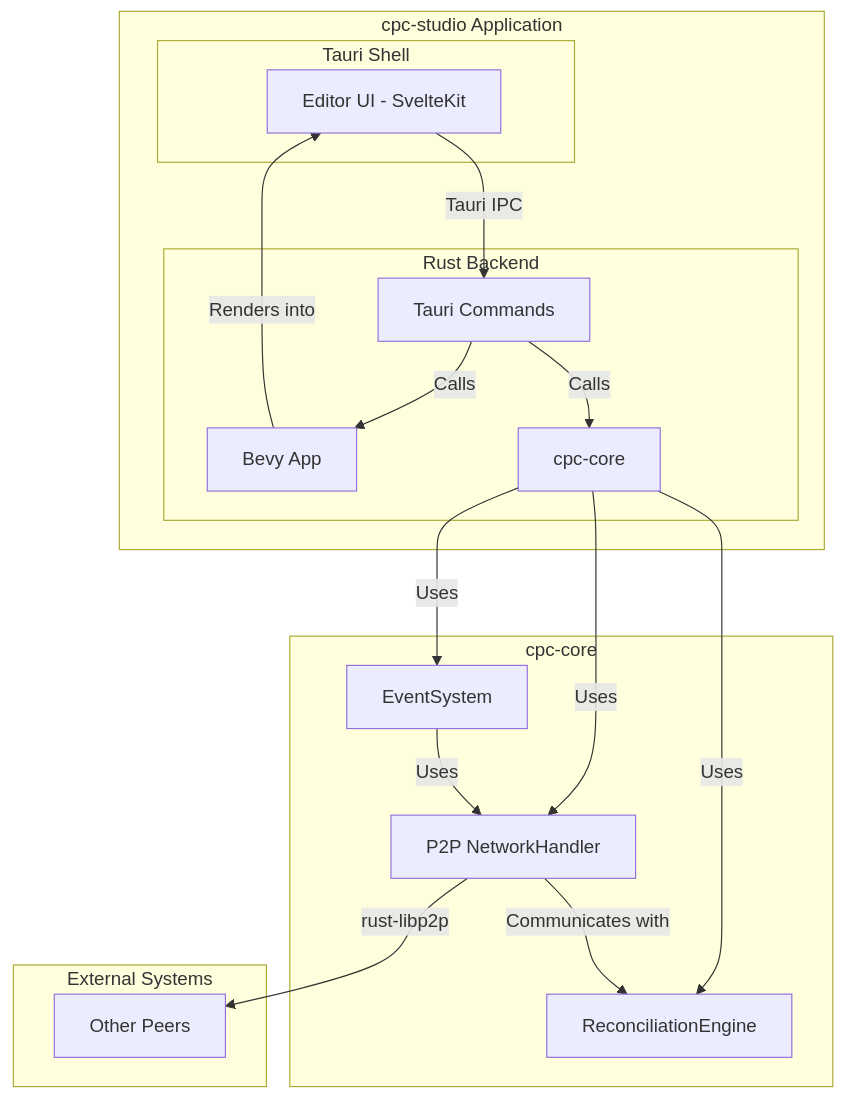
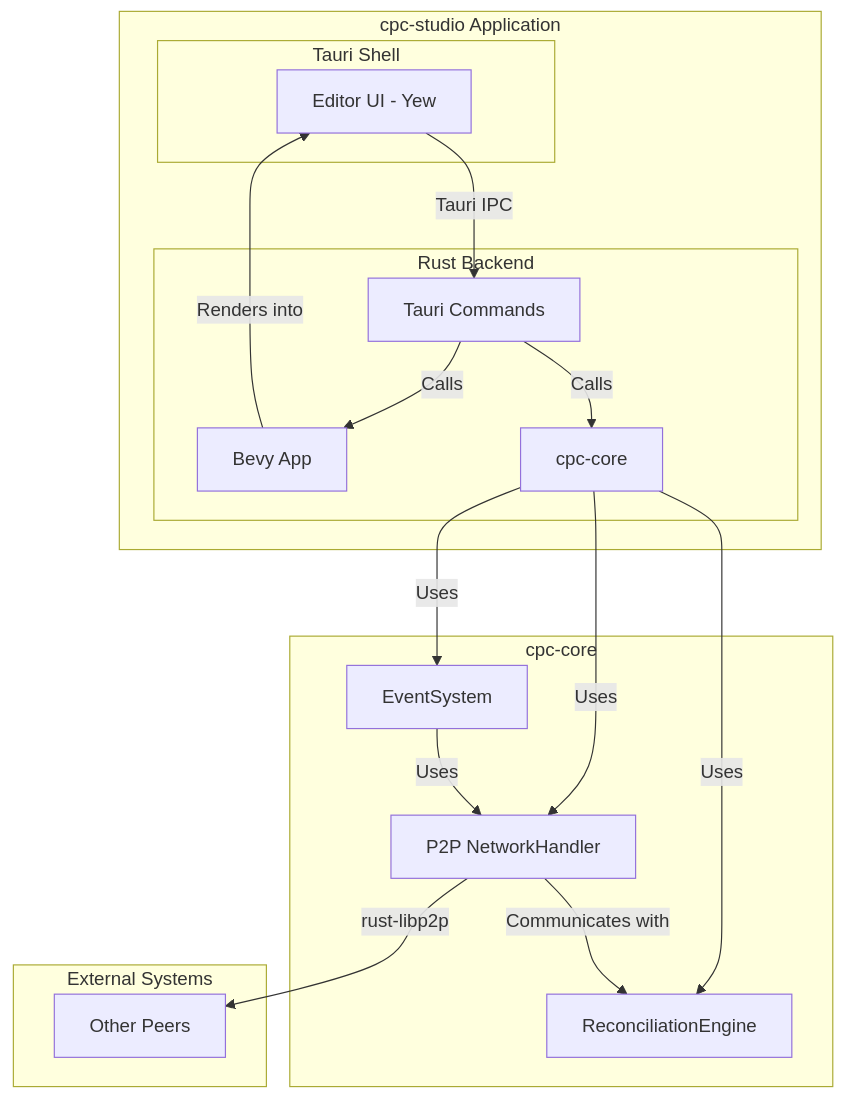
The diagram in docs/game_editor_architecture.md (humancuration/cpc), drawn with Mermaid before and after one commit. The commit also changed other lines of this file and 84 other files, not shown here.

First line of the commit message:
feat: Add Invoice System Architecture ADR and Asset Browser API Design

````diff
--- a/docs/game_editor_architecture.md
+++ b/docs/game_editor_architecture.md
@@ -13,36 +13,36 @@
 ```mermaid
 graph TD
     subgraph "cpc-studio Application"
         subgraph "Tauri Shell"
-            A[Editor UI - SvelteKit]
+            A[Editor UI - Yew]
         end
 
         subgraph "Rust Backend"
             B[Tauri Commands]
             C[Bevy App]
             D[cpc-core]
         end
     end
 
     subgraph "cpc-core"
         E[P2P NetworkHandler]
         F[ReconciliationEngine]
         G[EventSystem]
     end
 
     A -- Tauri IPC --> B
     B -- Calls --> C
     B -- Calls --> D
     C -- Renders into --> A
     D -- Uses --> E
     D -- Uses --> F
     D -- Uses --> G
     E -- Communicates with --> F
     G -- Uses --> E
 
     subgraph "External Systems"
         H[Other Peers]
     end
 
     E -- rust-libp2p --> H
 ```
````
